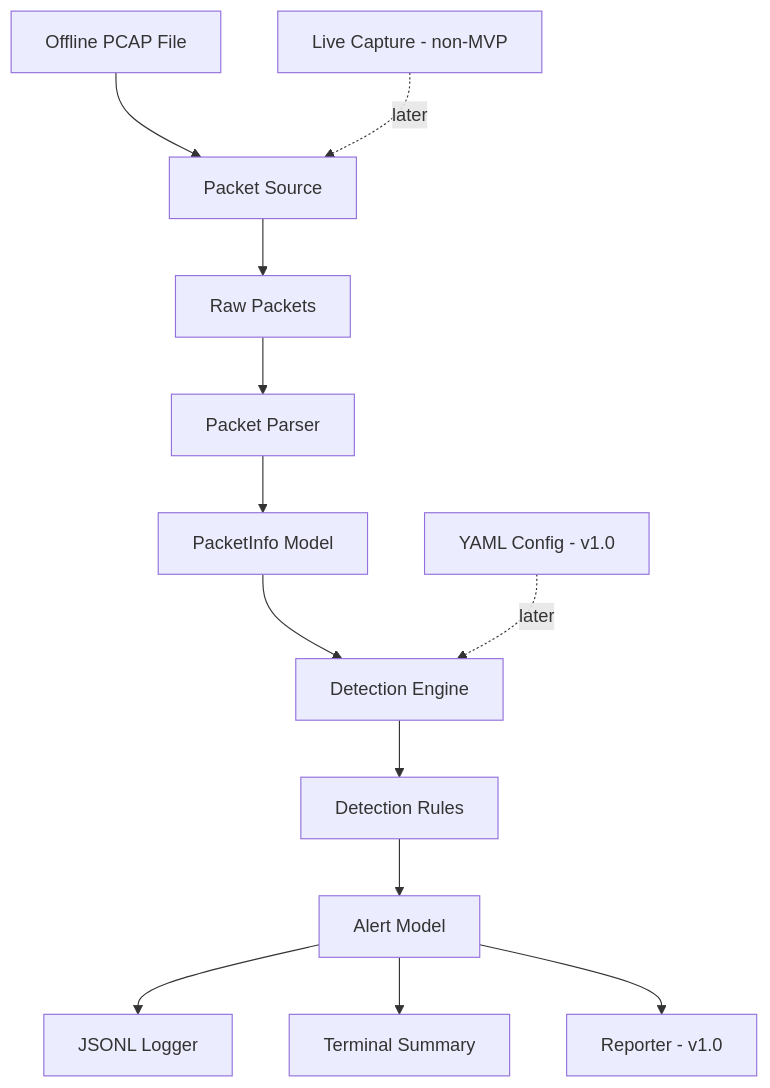
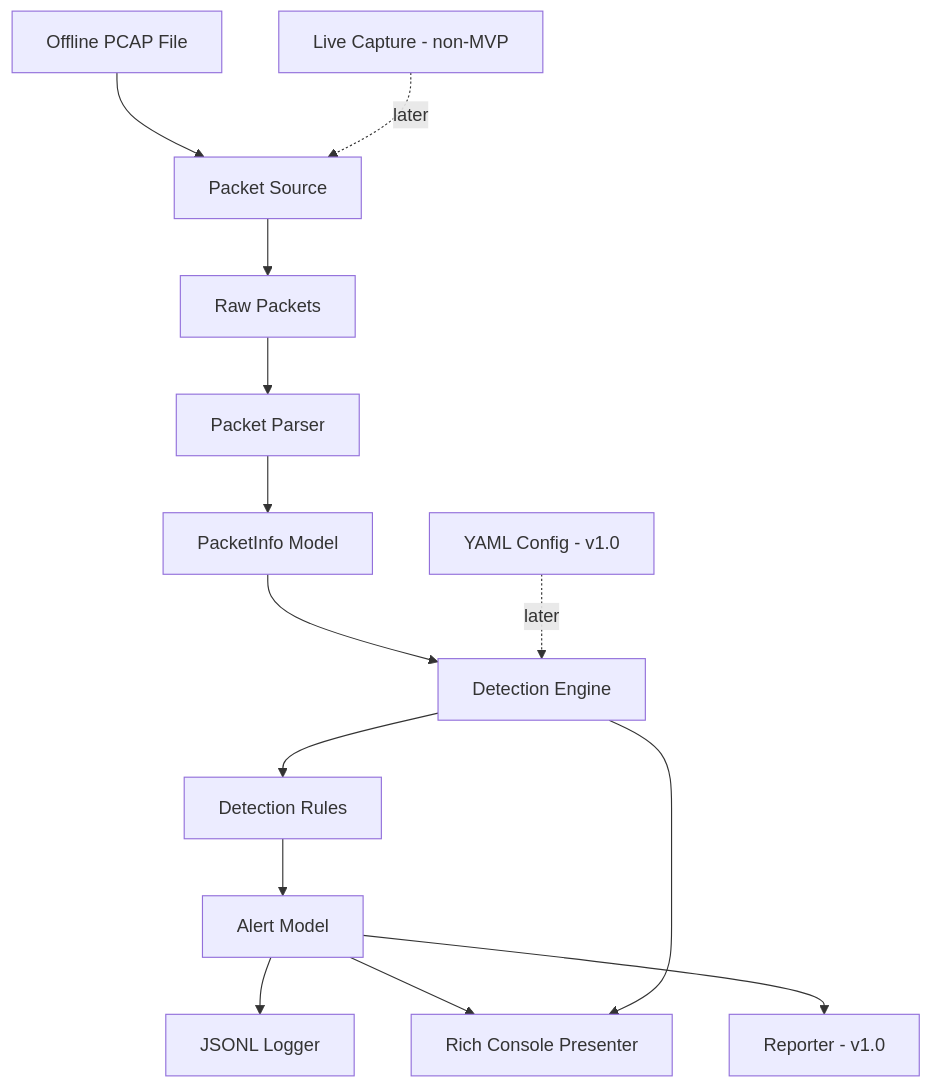
Before and after one commit to alopes0905/mini-ids-network-monitor: the diagram in docs/architecture.md, drawn with Mermaid. The commit also changed other lines of this file and 3 other files, not shown here.

````diff
--- a/docs/architecture.md
+++ b/docs/architecture.md
@@ -239,16 +248,17 @@
 ```mermaid
 flowchart TD
     A[Offline PCAP File] --> B[Packet Source]
     B --> C[Raw Packets]
     C --> D[Packet Parser]
     D --> E[PacketInfo Model]
     E --> F[Detection Engine]
     F --> G[Detection Rules]
     G --> H[Alert Model]
     H --> I[JSONL Logger]
-    H --> J[Terminal Summary]
+    H --> J[Rich Console Presenter]
+    F --> J
     H --> K[Reporter - v1.0]
 
     L[Live Capture - non-MVP] -. later .-> B
     M[YAML Config - v1.0] -. later .-> F
 ```
````
